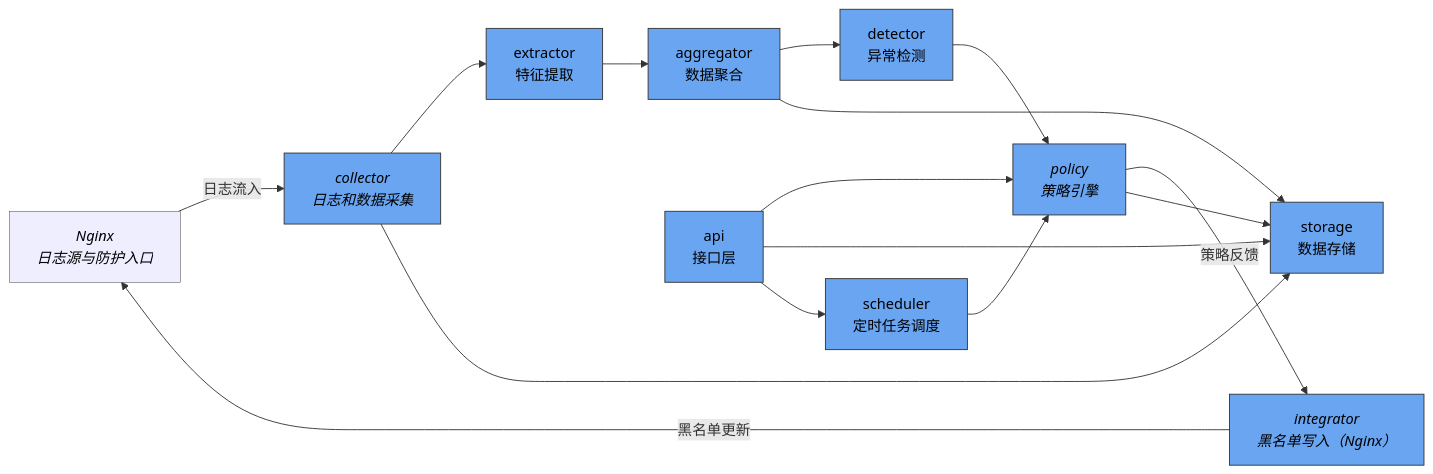
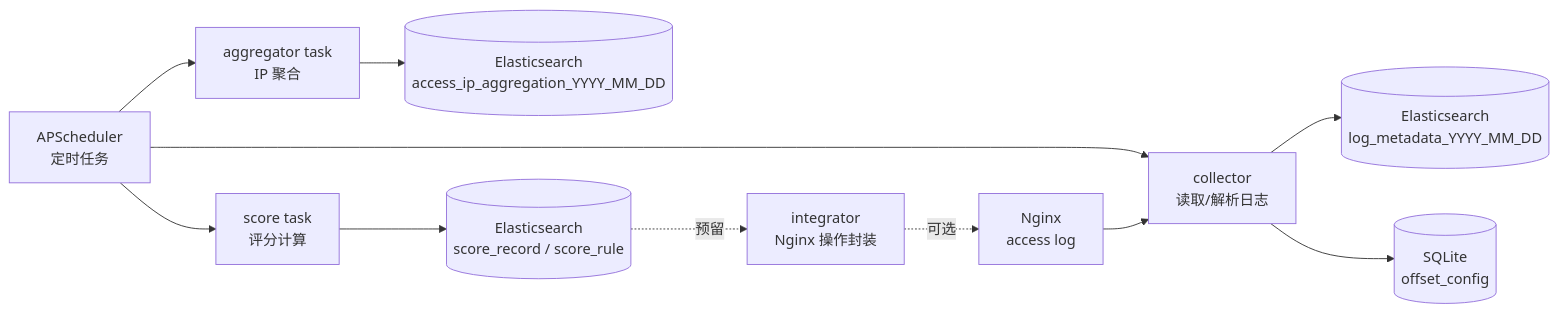
The diagram in README.md (GradyJean/Sentinel), drawn with Mermaid before and after one commit. The commit also changed other lines of this file and 10 other files, not shown here.

````diff
--- a/README.md
+++ b/README.md
@@ -17,43 +18,26 @@
 ```mermaid
 flowchart LR
-    %% 定义各模块节点
-    Nginx[Nginx<br/>日志源与防护入口]
-    Collector[collector<br/>日志和数据采集]
-    Extractor[extractor<br/>特征提取]
-    Aggregator[aggregator<br/>数据聚合]
-    Detector[detector<br/>异常检测]
-    Policy[policy<br/>策略引擎]
-    Integrator[integrator<br/>黑名单写入（Nginx）]
-    Storage[storage<br/>数据存储]
-    Scheduler[scheduler<br/>定时任务调度]
-    API[api<br/>接口层]
+    Nginx[Nginx<br/>access log]
+    Scheduler[APScheduler<br/>定时任务]
+    Collector[collector<br/>读取/解析日志]
+    ES1[(Elasticsearch<br/>log_metadata_YYYY_MM_DD)]
+    AggregatorTask[aggregator task<br/>IP 聚合]
+    ES2[(Elasticsearch<br/>access_ip_aggregation_YYYY_MM_DD)]
+    ScoreTask[score task<br/>评分计算]
+    ES3[(Elasticsearch<br/>score_record / score_rule)]
+    SQLite[(SQLite<br/>offset_config)]
+    Integrator[integrator<br/>Nginx 操作封装]
 
-    %% 日志流入流程
-    Nginx -->|日志流入| Collector
-    Collector --> Extractor
-    Extractor --> Aggregator
-    Aggregator --> Detector
-    Detector --> Policy
+    Scheduler --> Collector
+    Scheduler --> AggregatorTask
+    Scheduler --> ScoreTask
 
-    %% 策略反馈流程
-    Policy -->|策略反馈| Integrator
-    Integrator -->|黑名单更新| Nginx
+    Nginx --> Collector
+    Collector --> ES1
+    Collector --> SQLite
+    AggregatorTask --> ES2
+    ScoreTask --> ES3
 
-    %% 其他数据流
-    Policy --> Storage
-    Aggregator --> Storage
-    Collector --> Storage
-    Scheduler --> Policy
-    API --> Policy
-    API --> Storage
-    API --> Scheduler
-
-    %% 流程标注
-    classDef flowLabel fill:#eef,stroke:#333,stroke-width:0.5px,color:#000,font-style:italic;
-    class Nginx,Collector flowLabel;
-    class Policy,Integrator flowLabel;
-
-    %% 模块样式
-    classDef module fill:#6aa5f1,stroke:#333,stroke-width:1px,color:#000;
-    class Collector,Extractor,Aggregator,Detector,Policy,Integrator,Storage,Scheduler,API module;
+    ES3 -. 预留 .-> Integrator
+    Integrator -. 可选 .-> Nginx
 ```
````
